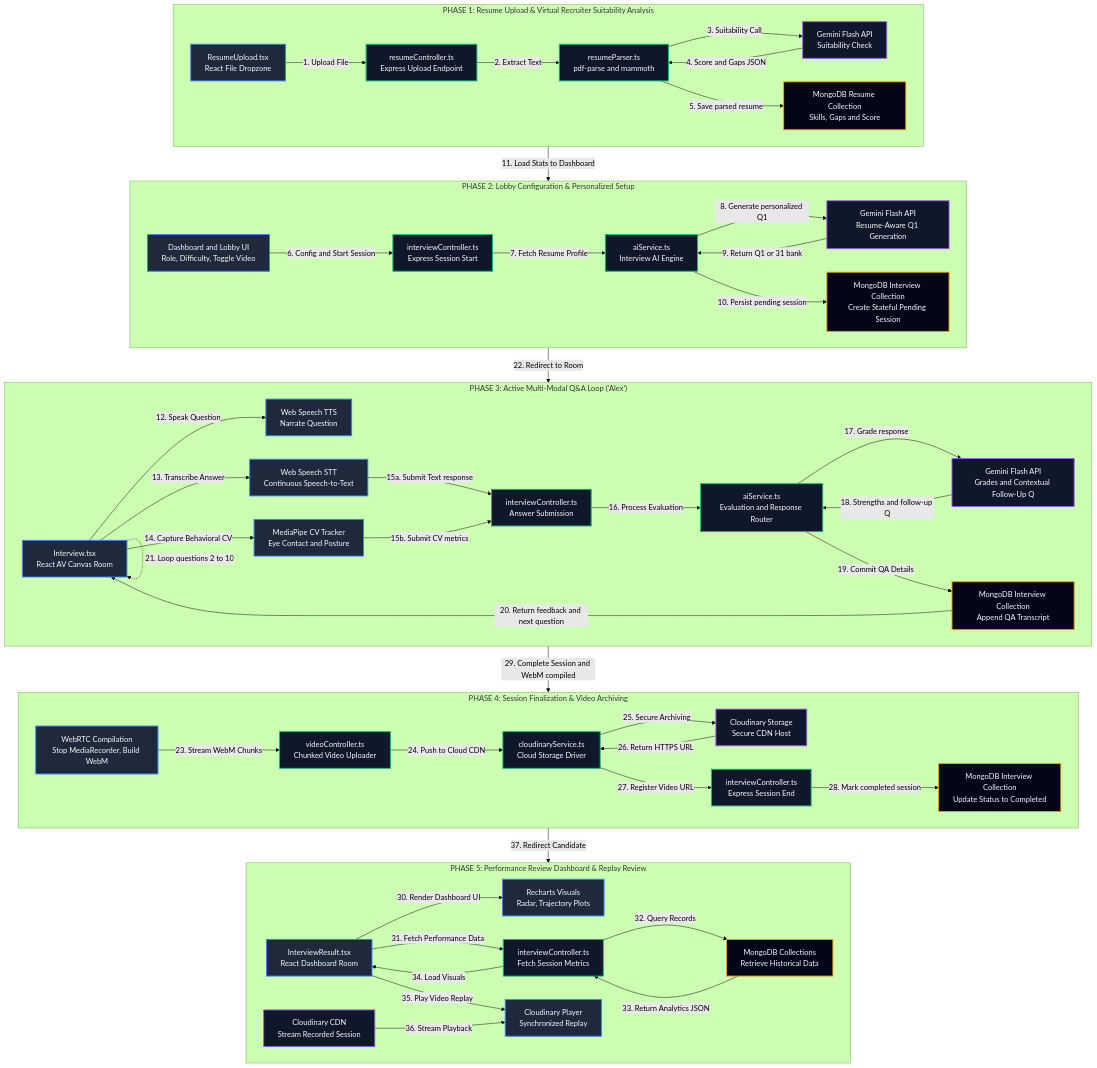
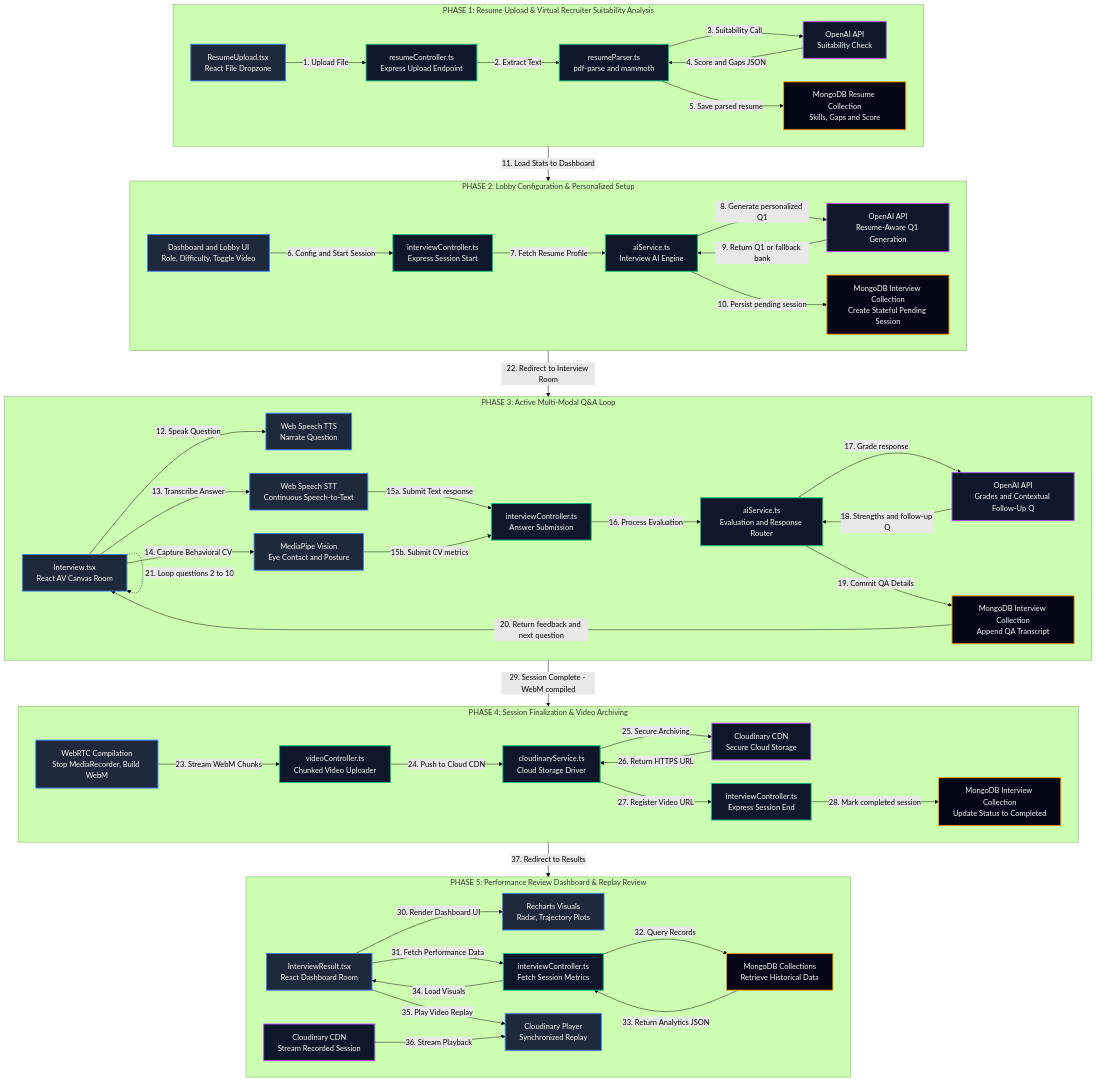
One commit to anuragverma4895/AI-Mock-Interview-Platform changed the diagram in README.md. Above: the diagram before and after it, drawn with Mermaid (forest theme). The commit also changed other lines of this file, not shown here.

````diff
--- a/README.md
+++ b/README.md
@@ -29,13 +29,13 @@
         P1_FE["ResumeUpload.tsx<br>React File Dropzone"]:::client
         P1_Ctrl["resumeController.ts<br>Express Upload Endpoint"]:::server
         P1_Parser["resumeParser.ts<br>pdf-parse and mammoth"]:::server
-        P1_Gemini["Gemini Flash API<br>Suitability Check"]:::ext
+        P1_AI["OpenAI API<br>Suitability Check"]:::ext
         P1_DB["MongoDB Resume Collection<br>Skills, Gaps and Score"]:::db
 
         P1_FE -->|"1. Upload File"| P1_Ctrl
         P1_Ctrl -->|"2. Extract Text"| P1_Parser
-        P1_Parser -->|"3. Suitability Call"| P1_Gemini
-        P1_Gemini -->|"4. Score and Gaps JSON"| P1_Parser
+        P1_Parser -->|"3. Suitability Call"| P1_AI
+        P1_AI -->|"4. Score and Gaps JSON"| P1_Parser
         P1_Parser -->|"5. Save parsed resume"| P1_DB
     end
 
@@ -43,26 +43,26 @@
         direction LR
         P2_FE["Dashboard and Lobby UI<br>Role, Difficulty, Toggle Video"]:::client
         P2_Ctrl["interviewController.ts<br>Express Session Start"]:::server
-        P2_AI["aiService.ts<br>Interview AI Engine"]:::server
-        P2_Gemini["Gemini Flash API<br>Resume-Aware Q1 Generation"]:::ext
+        P2_AI_Svc["aiService.ts<br>Interview AI Engine"]:::server
+        P2_OpenAI["OpenAI API<br>Resume-Aware Q1 Generation"]:::ext
         P2_DB["MongoDB Interview Collection<br>Create Stateful Pending Session"]:::db
 
         P2_FE -->|"6. Config and Start Session"| P2_Ctrl
-        P2_Ctrl -->|"7. Fetch Resume Profile"| P2_AI
-        P2_AI -->|"8. Generate personalized Q1"| P2_Gemini
-        P2_Gemini -->|"9. Return Q1 or 31 bank"| P2_AI
-        P2_AI -->|"10. Persist pending session"| P2_DB
+        P2_Ctrl -->|"7. Fetch Resume Profile"| P2_AI_Svc
+        P2_AI_Svc -->|"8. Generate personalized Q1"| P2_OpenAI
+        P2_OpenAI -->|"9. Return Q1 or fallback bank"| P2_AI_Svc
+        P2_AI_Svc -->|"10. Persist pending session"| P2_DB
     end
 
-    subgraph PHASE3 ["PHASE 3: Active Multi-Modal Q&A Loop ('Alex')"]
+    subgraph PHASE3 ["PHASE 3: Active Multi-Modal Q&A Loop"]
         direction LR
         P3_FE["Interview.tsx<br>React AV Canvas Room"]:::client
         P3_TTS["Web Speech TTS<br>Narrate Question"]:::client
         P3_STT["Web Speech STT<br>Continuous Speech-to-Text"]:::client
-        P3_MP["MediaPipe CV Tracker<br>Eye Contact and Posture"]:::client
+        P3_MP["MediaPipe Vision<br>Eye Contact and Posture"]:::client
         P3_Ctrl["interviewController.ts<br>Answer Submission"]:::server
-        P3_AI["aiService.ts<br>Evaluation and Response Router"]:::server
-        P3_Gemini["Gemini Flash API<br>Grades and Contextual Follow-Up Q"]:::ext
+        P3_AI_Svc["aiService.ts<br>Evaluation and Response Router"]:::server
+        P3_OpenAI["OpenAI API<br>Grades and Contextual Follow-Up Q"]:::ext
         P3_DB["MongoDB Interview Collection<br>Append QA Transcript"]:::db
 
         P3_FE -->|"12. Speak Question"| P3_TTS
@@ -70,10 +70,10 @@
         P3_FE -->|"14. Capture Behavioral CV"| P3_MP
         P3_STT -->|"15a. Submit Text response"| P3_Ctrl
         P3_MP -->|"15b. Submit CV metrics"| P3_Ctrl
-        P3_Ctrl -->|"16. Process Evaluation"| P3_AI
-        P3_AI -->|"17. Grade response"| P3_Gemini
-        P3_Gemini -->|"18. Strengths and follow-up Q"| P3_AI
-        P3_AI -->|"19. Commit QA Details"| P3_DB
+        P3_Ctrl -->|"16. Process Evaluation"| P3_AI_Svc
+        P3_AI_Svc -->|"17. Grade response"| P3_OpenAI
+        P3_OpenAI -->|"18. Strengths and follow-up Q"| P3_AI_Svc
+        P3_AI_Svc -->|"19. Commit QA Details"| P3_DB
         P3_DB -->|"20. Return feedback and next question"| P3_FE
         P3_FE -.->|"21. Loop questions 2 to 10"| P3_FE
     end
@@ -83,7 +83,7 @@
         P4_FE["WebRTC Compilation<br>Stop MediaRecorder, Build WebM"]:::client
         P4_Ctrl["videoController.ts<br>Chunked Video Uploader"]:::server
         P4_Cloudinary["cloudinaryService.ts<br>Cloud Storage Driver"]:::server
-        P4_CloudAPI["Cloudinary Storage<br>Secure CDN Host"]:::ext
+        P4_CloudAPI["Cloudinary CDN<br>Secure Cloud Storage"]:::ext
         P4_IntCtrl["interviewController.ts<br>Express Session End"]:::server
         P4_DB["MongoDB Interview Collection<br>Update Status to Completed"]:::db
 
@@ -115,7 +115,7 @@
 
     %% Phase-to-Phase Chronological Flows
     P1_DB -->|"11. Load Stats to Dashboard"| P2_FE
-    P2_DB -->|"22. Redirect to Room"| P3_FE
-    P3_FE -->|"29. Complete Session and WebM compiled"| P4_FE
-    P4_DB -->|"37. Redirect Candidate"| P5_FE
+    P2_DB -->|"22. Redirect to Interview Room"| P3_FE
+    P3_FE -->|"29. Session Complete - WebM compiled"| P4_FE
+    P4_DB -->|"37. Redirect to Results"| P5_FE
 ```
````
